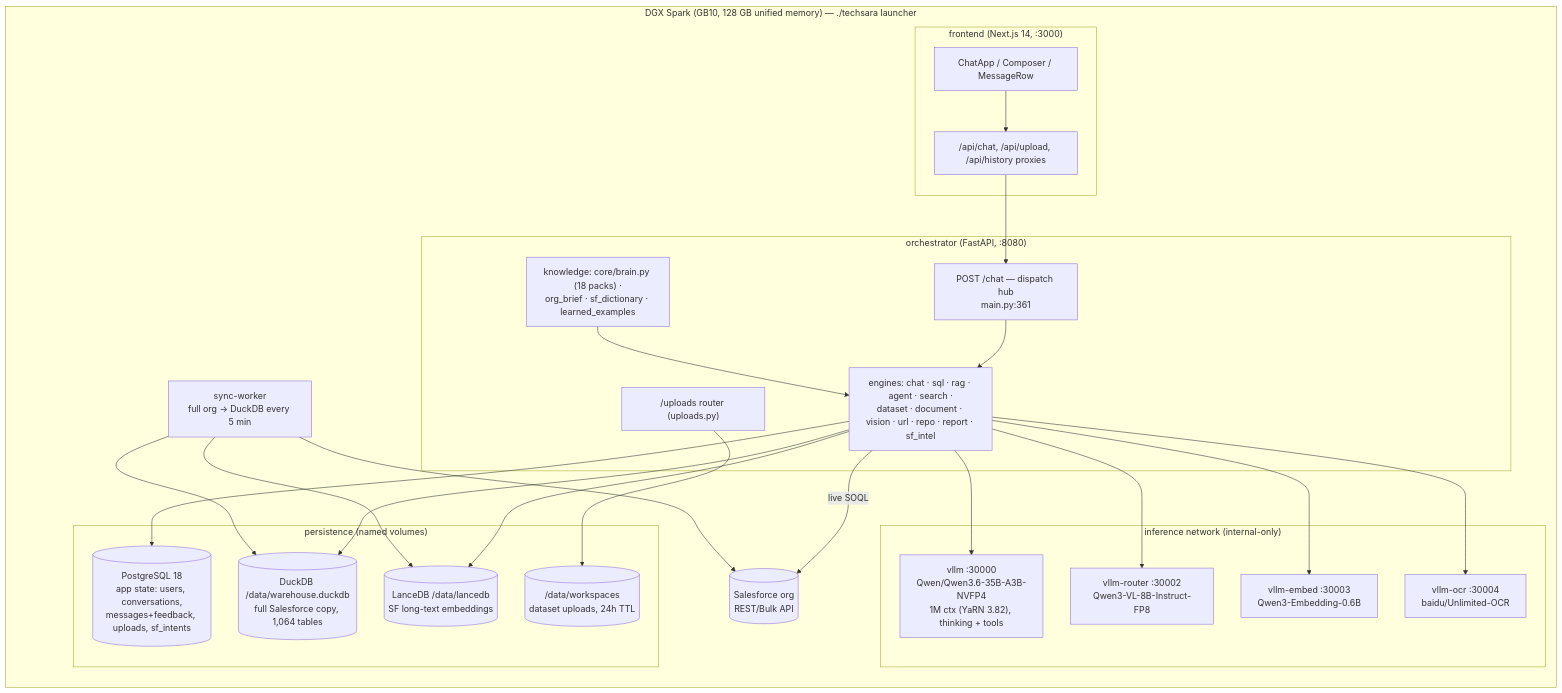
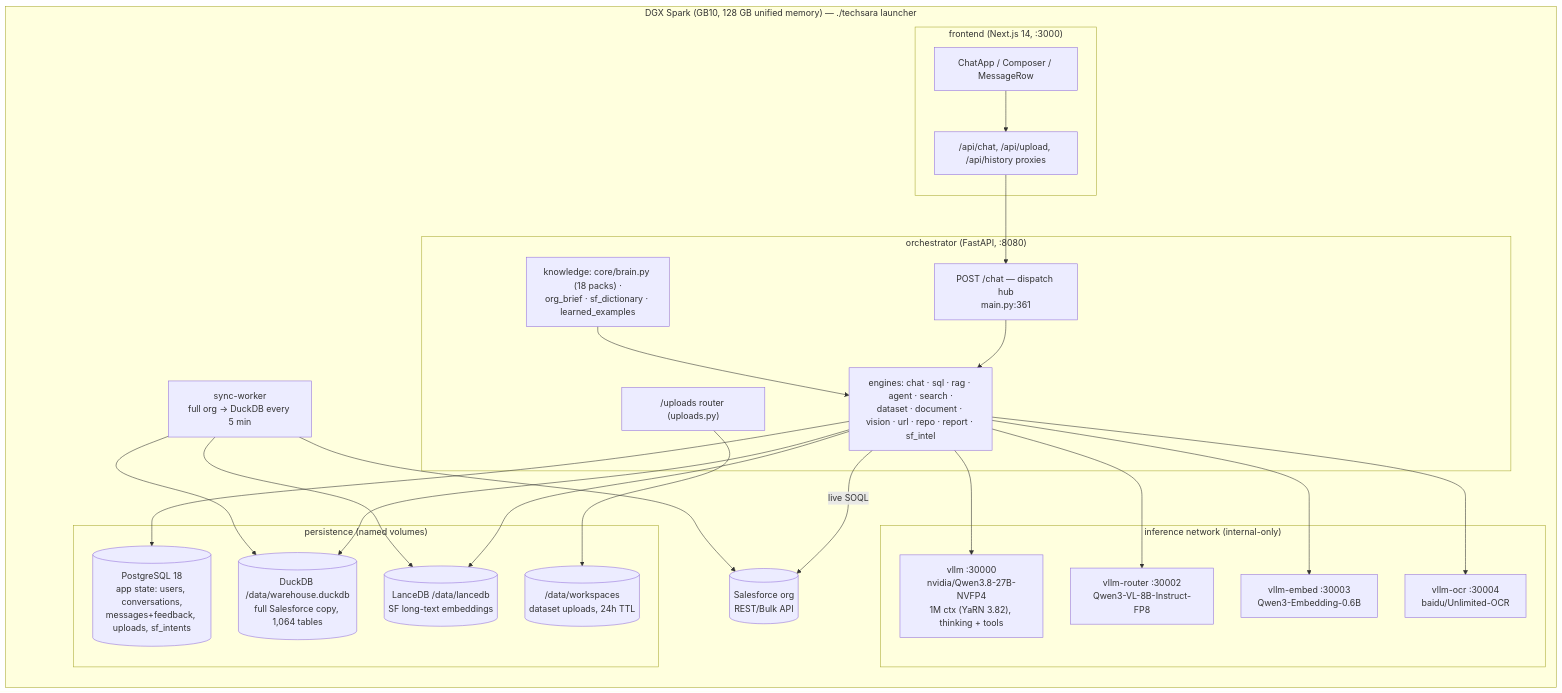
The diagram in docs/ARCHITECTURE_CURRENT.md (namanjain221995/personal-LLM-Chabot), drawn with Mermaid before and after one commit. The commit also changed other lines of this file and 47 other files, not shown here.

````diff
--- a/docs/ARCHITECTURE_CURRENT.md
+++ b/docs/ARCHITECTURE_CURRENT.md
@@ -15,37 +15,37 @@
 ```mermaid
 flowchart LR
     subgraph Host["DGX Spark (GB10, 128 GB unified memory) — ./techsara launcher"]
         subgraph FE["frontend (Next.js 14, :3000)"]
             UI[ChatApp / Composer / MessageRow]
             PROXY["/api/chat, /api/upload, /api/history proxies"]
         end
         subgraph ORCH["orchestrator (FastAPI, :8080)"]
             CHAT["POST /chat — dispatch hub<br/>main.py:361"]
             ENG["engines: chat · sql · rag · agent · search ·<br/>dataset · document · vision · url · repo · report · sf_intel"]
             BRAIN["knowledge: core/brain.py (18 packs) ·<br/>org_brief · sf_dictionary · learned_examples"]
             UP["/uploads router (uploads.py)"]
         end
         subgraph MODELS["inference network (internal-only)"]
-            VMAIN["vllm :30000<br/>Qwen/Qwen3.6-35B-A3B-NVFP4<br/>1M ctx (YaRN 3.82), thinking + tools"]
+            VMAIN["vllm :30000<br/>nvidia/Qwen3.8-27B-NVFP4<br/>1M ctx (YaRN 3.82), thinking + tools"]
             VROUTER["vllm-router :30002<br/>Qwen3-VL-8B-Instruct-FP8"]
             VEMBED["vllm-embed :30003<br/>Qwen3-Embedding-0.6B"]
             VOCR["vllm-ocr :30004<br/>baidu/Unlimited-OCR"]
         end
         subgraph DATA["persistence (named volumes)"]
             PG[(PostgreSQL 18<br/>app state: users, conversations,<br/>messages+feedback, uploads, sf_intents)]
             DUCK[(DuckDB /data/warehouse.duckdb<br/>full Salesforce copy, 1,064 tables)]
             LANCE[(LanceDB /data/lancedb<br/>SF long-text embeddings)]
             WS[(/data/workspaces<br/>dataset uploads, 24h TTL)]
         end
         SYNC["sync-worker<br/>full org → DuckDB every 5 min"]
         SF[(Salesforce org<br/>REST/Bulk API)]
     end
     UI --> PROXY --> CHAT --> ENG
     ENG --> VMAIN & VROUTER & VEMBED & VOCR
     ENG --> DUCK & LANCE & PG
     ENG -->|live SOQL| SF
     BRAIN --> ENG
     UP --> WS
     SYNC --> SF
     SYNC --> DUCK & LANCE
 ```
````
